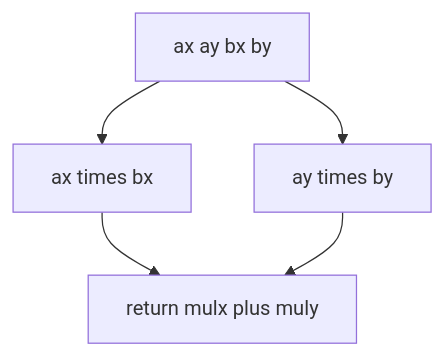
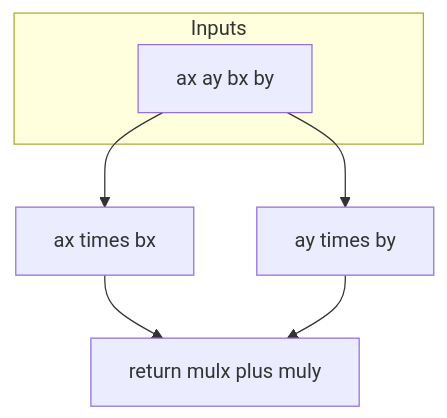
One commit to Gh0st352/AETHR changed the second of 6 diagrams in docs/math/vectors.md. Above: the diagram before and after it, drawn with Mermaid. The commit also changed other lines of this file and 5 other files, not shown here.

First line of the commit message:
docs: normalize headings and enhance Mermaid diagrams in math README

````diff
--- a/docs/math/vectors.md
+++ b/docs/math/vectors.md
@@ -30,7 +46,14 @@
 ```mermaid
+%% shared theme: docs/_mermaid/theme.json %%
 flowchart TD
-  IN[ax ay bx by] --> MULX[ax times bx]
+  subgraph "Inputs"
+    IN[ax ay bx by]
+  end
+  IN --> MULX[ax times bx]
   IN --> MULY[ay times by]
   MULX --> SUM[return mulx plus muly]
   MULY --> SUM
+  class IN class_io;
+  class MULX,MULY class_compute;
+  class SUM class_result;
 ```
````
